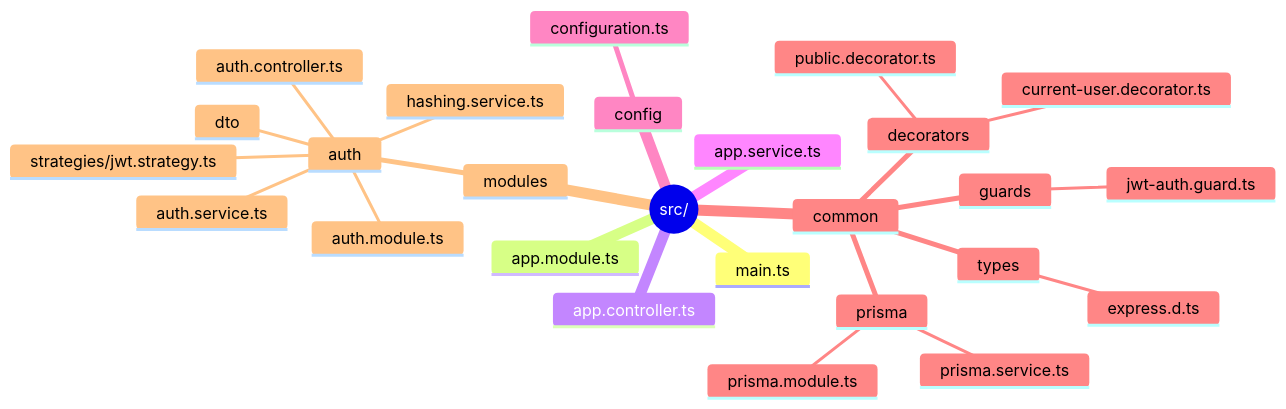
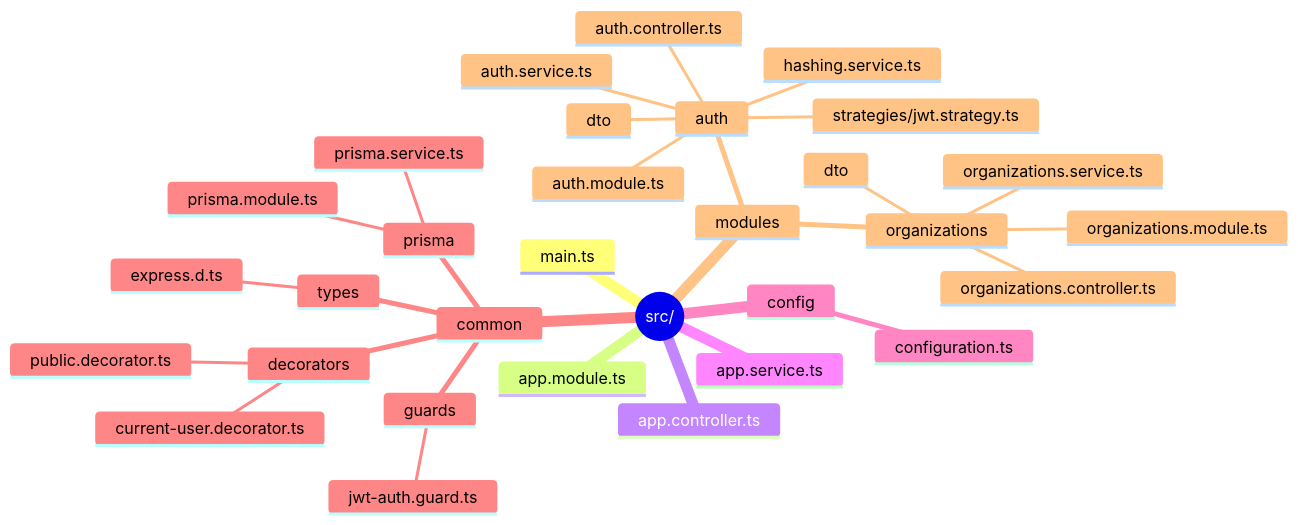
The diagram in docs/PROJECT_STRUCTURE.md (amitverma147/enterprise-team-access-control-api), drawn with Mermaid before and after one commit. The commit also changed other lines of this file and 8 other files, not shown here.

````diff
--- a/docs/PROJECT_STRUCTURE.md
+++ b/docs/PROJECT_STRUCTURE.md
@@ -8,29 +8,34 @@
 ```mermaid
 mindmap
   root((src/))
     main.ts
     app.module.ts
     app.controller.ts
     app.service.ts
     config
       configuration.ts
     common
       prisma
         prisma.module.ts
         prisma.service.ts
       guards
         jwt-auth.guard.ts
       decorators
         public.decorator.ts
         current-user.decorator.ts
       types
         express.d.ts
     modules
       auth
         auth.module.ts
         auth.controller.ts
         auth.service.ts
         hashing.service.ts
         strategies/jwt.strategy.ts
         dto
+      organizations
+        organizations.module.ts
+        organizations.controller.ts
+        organizations.service.ts
+        dto
 ```
````
